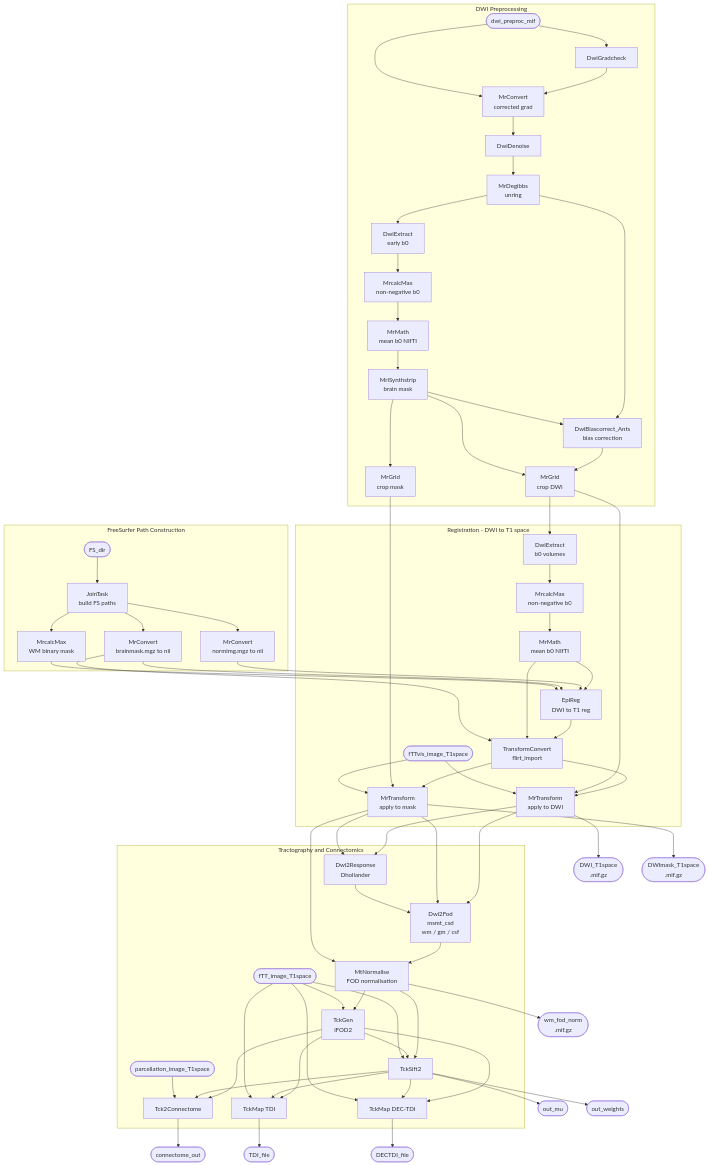
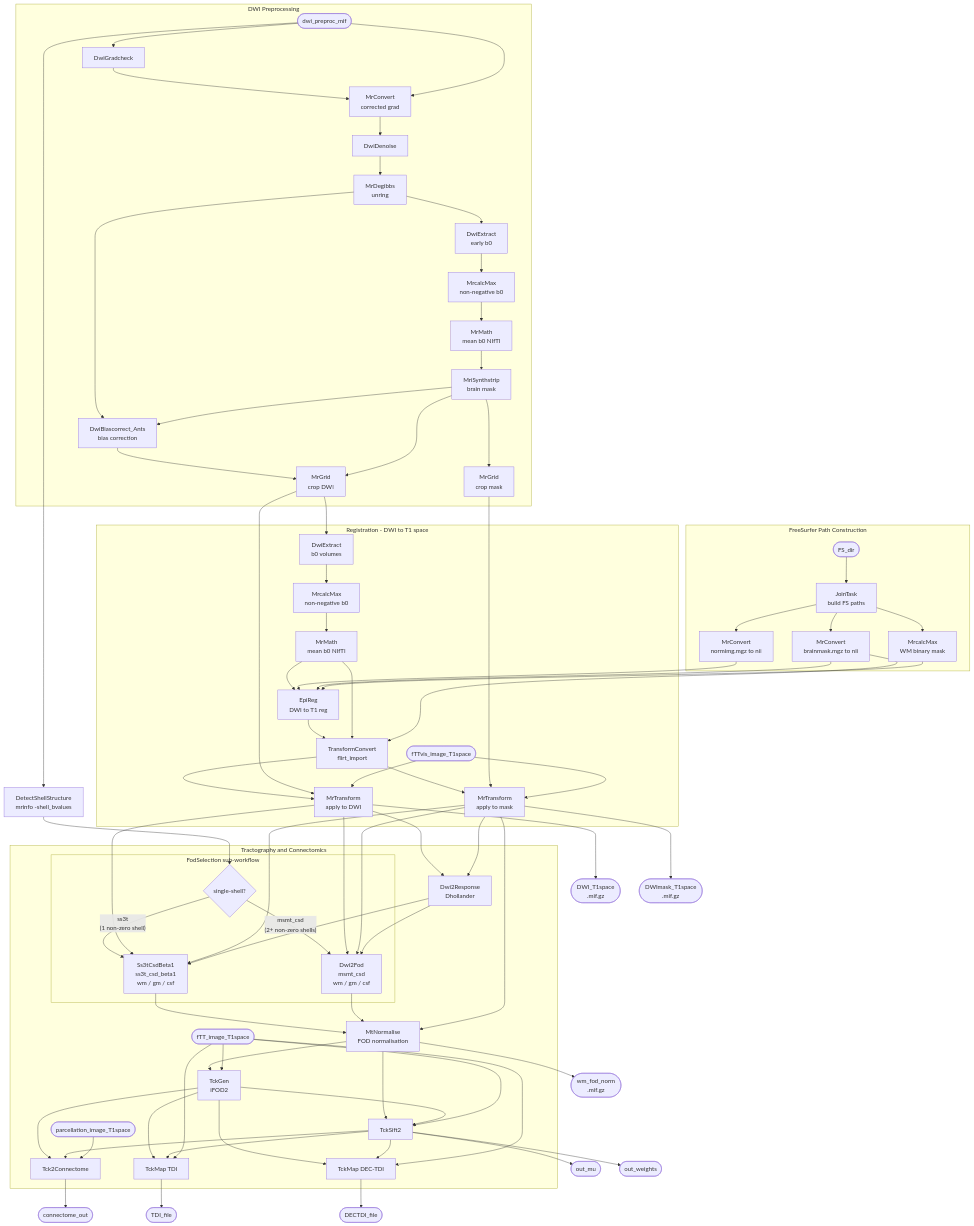
Before and after one commit to Australian-Imaging-Service/pipelines: the diagram in src/australianimagingservice/mri/human/neuro/dwi/dwi_analysis_flow.md, drawn with Mermaid. The commit also changed 1 other file, not shown here.

Commit message:
integrated ss3t task and conditional logic to use msmt_csd vs ss3t_beta

```diff
--- a/src/australianimagingservice/mri/human/neuro/dwi/dwi_analysis_flow.md
+++ b/src/australianimagingservice/mri/human/neuro/dwi/dwi_analysis_flow.md
@@ -7,6 +7,9 @@
     IN3([fTTvis_image_T1space])
     IN4([fTT_image_T1space])
     IN5([parcellation_image_T1space])
+
+    IN1 --> DETECT["DetectShellStructure<br/>mrinfo -shell_bvalues"]
+    DETECT --> FOD_CHOICE{single-shell?}
 
     subgraph PREPROC["DWI Preprocessing"]
         A[DwiGradcheck] --> B["MrConvert<br/>corrected grad"]
@@ -56,10 +59,21 @@
     subgraph TRACT["Tractography and Connectomics"]
         T --> V["Dwi2Response<br/>Dhollander"]
         U --> V
-        T --> W["Dwi2Fod<br/>msmt_csd<br/>wm / gm / csf"]
-        U --> W
-        V --> W
-        W --> X["MtNormalise<br/>FOD normalisation"]
+
+        subgraph FOD_SEL["FodSelection sub-workflow"]
+            FOD_CHOICE -- "ss3t<br/>(1 non-zero shell)" --> W1["Ss3tCsdBeta1<br/>ss3t_csd_beta1<br/>wm / gm / csf"]
+            FOD_CHOICE -- "msmt_csd<br/>(2+ non-zero shells)" --> W2["Dwi2Fod<br/>msmt_csd<br/>wm / gm / csf"]
+        end
+
+        T --> W1
+        U --> W1
+        V --> W1
+        T --> W2
+        U --> W2
+        V --> W2
+
+        W1 --> X["MtNormalise<br/>FOD normalisation"]
+        W2 --> X
         U --> X
         X --> Y["TckGen<br/>iFOD2"]
         IN4 --> Y
```
